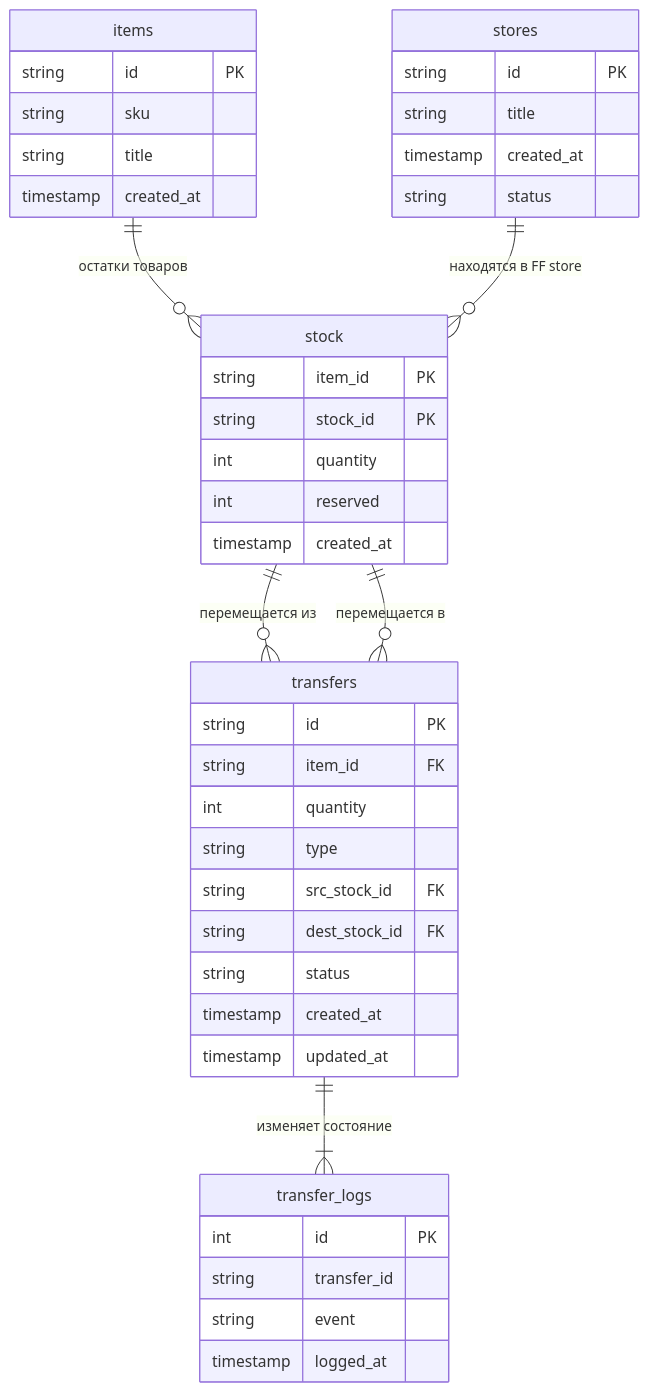
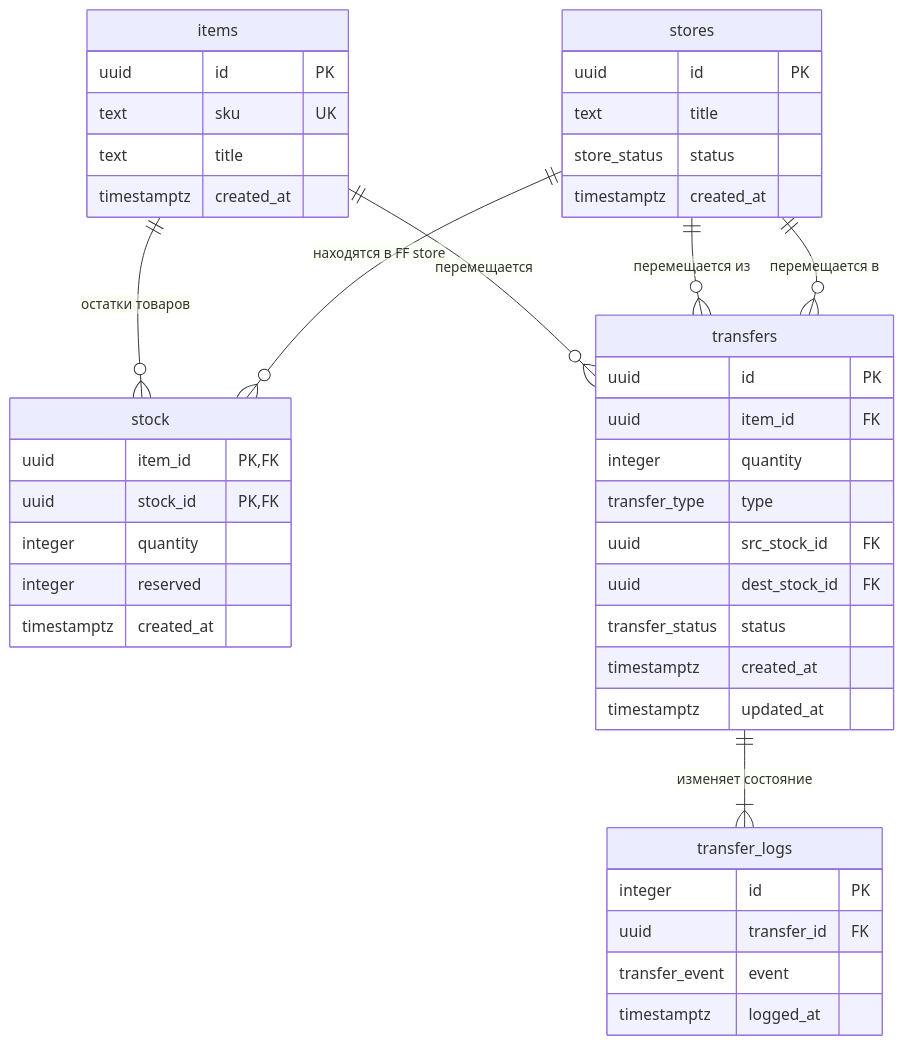
Before and after one commit to alex-alekseichuk/checkstock_api: the diagram in checkstock_db/db/er.md, drawn with Mermaid. The commit also changed other lines of this file, not shown here.

Commit message:
update er diagram

````diff
--- a/checkstock_db/db/er.md
+++ b/checkstock_db/db/er.md
@@ -3,50 +10,50 @@
 ```mermaid
 erDiagram
     items ||--o{ stock : "остатки товаров"
     stores ||--o{ stock : "находятся в FF store"
-    stock ||--o{ transfers : "перемещается из"
-    stock ||--o{ transfers : "перемещается в"
+    items ||--o{ transfers : "перемещается"
+    stores ||--o{ transfers : "перемещается из"
+    stores ||--o{ transfers : "перемещается в"
     transfers ||--|{ transfer_logs : "изменяет состояние"
-    
+
     items {
-        string id PK
-        string sku
-        string title
-        timestamp created_at
+        uuid id PK
+        text sku UK
+        text title
+        timestamptz created_at
     }
-    
+
     stores {
-        string id PK
-        string title
-        timestamp created_at
-        string status
+        uuid id PK
+        text title
+        store_status status
+        timestamptz created_at
     }
-    
+
     stock {
-        string item_id PK
-        string stock_id PK
-        int quantity
-        int reserved
-        timestamp created_at
+        uuid item_id PK,FK
+        uuid stock_id PK,FK
+        integer quantity
+        integer reserved
+        timestamptz created_at
     }
-    
+
     transfers {
-        string id PK
-        string item_id FK
-        int quantity
-        string type
-        string src_stock_id FK
-        string dest_stock_id FK
-        string status
-        timestamp created_at
-        timestamp updated_at
+        uuid id PK
+        uuid item_id FK
+        integer quantity
+        transfer_type type
+        uuid src_stock_id FK
+        uuid dest_stock_id FK
+        transfer_status status
+        timestamptz created_at
+        timestamptz updated_at
     }
-    
+
     transfer_logs {
-        int id PK
-        string transfer_id
-        string event
-        timestamp logged_at
+        integer id PK
+        uuid transfer_id FK
+        transfer_event event
+        timestamptz logged_at
     }
-    
 ```
````
